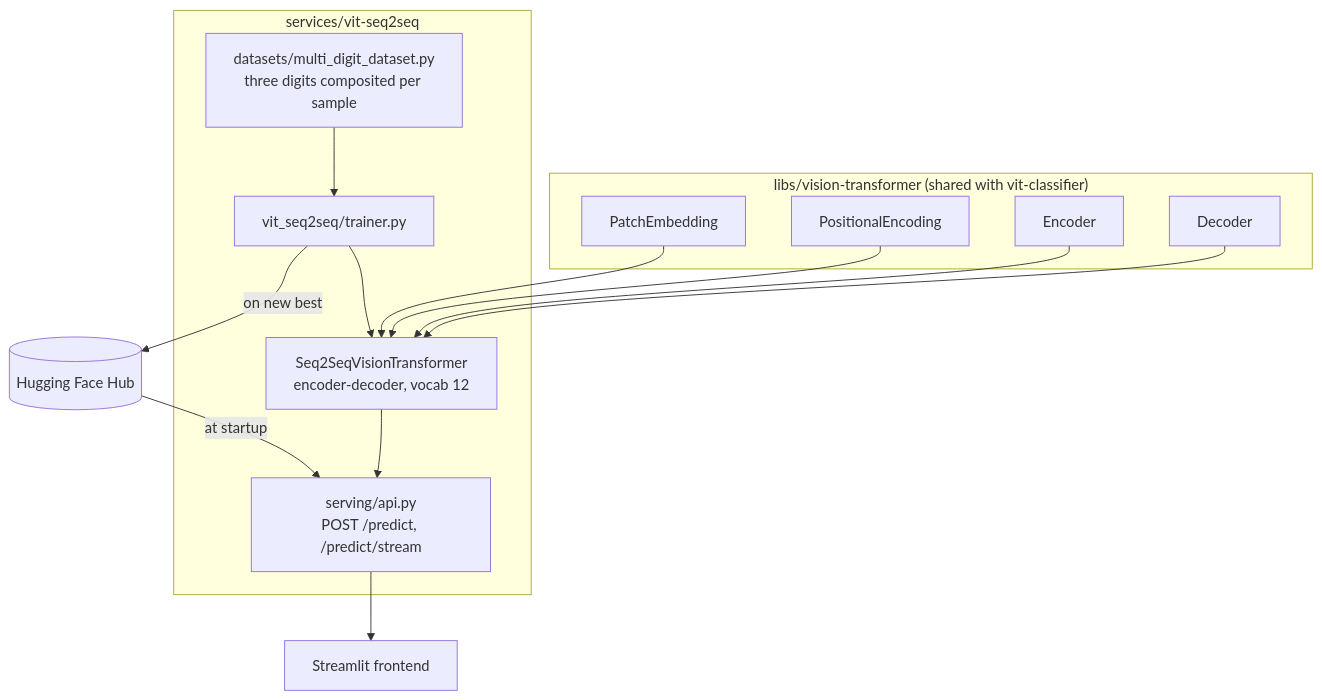
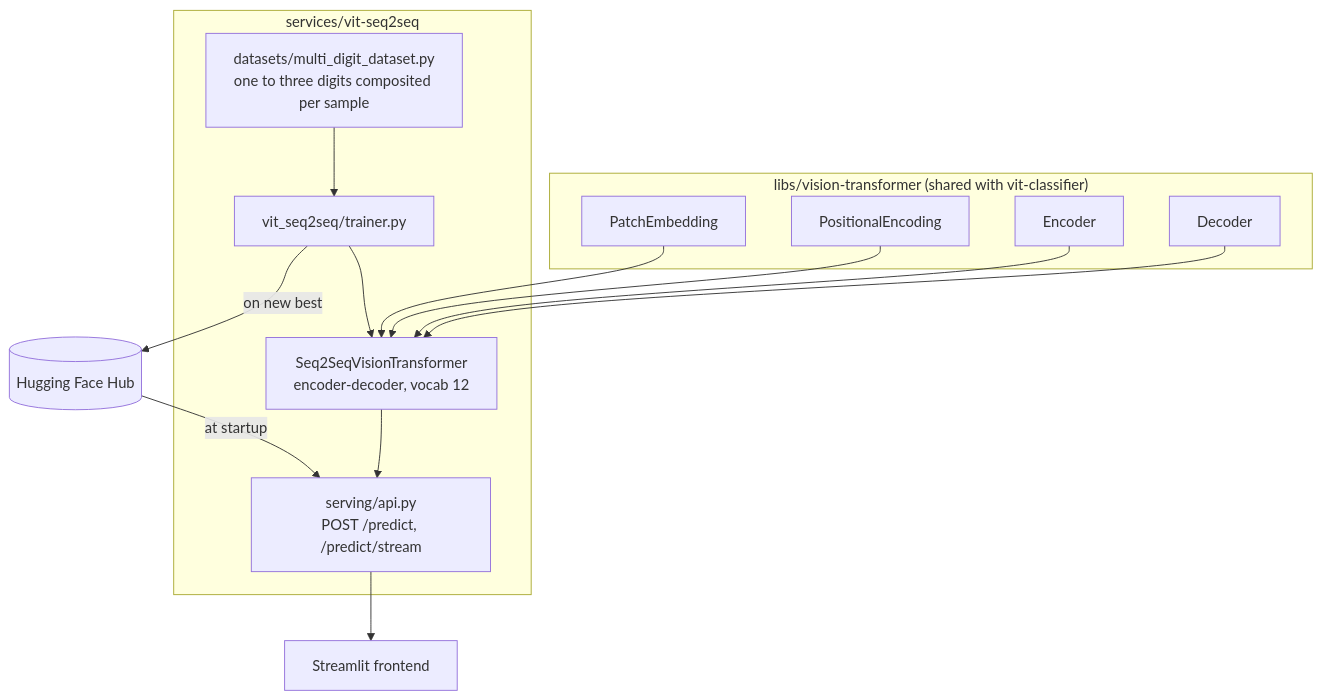
One commit to RoshBeed/ai-residency changed the diagram in services/vit-seq2seq/README.md. Above: the diagram before and after it, drawn with Mermaid. The commit also changed other lines of this file and 15 other files, not shown here.

````diff
--- a/services/vit-seq2seq/README.md
+++ b/services/vit-seq2seq/README.md
@@ -59,26 +62,26 @@
 ```mermaid
 flowchart TD
     subgraph lib["libs/vision-transformer (shared with vit-classifier)"]
         patch["PatchEmbedding"]
         pos["PositionalEncoding"]
         enc["Encoder"]
         dec["Decoder"]
     end
 
     subgraph svc["services/vit-seq2seq"]
         model["Seq2SeqVisionTransformer<br/>encoder-decoder, vocab 12"]
         trainer["vit_seq2seq/trainer.py"]
-        data["datasets/multi_digit_dataset.py<br/>three digits composited per sample"]
+        data["datasets/multi_digit_dataset.py<br/>one to three digits composited per sample"]
         api["serving/api.py<br/>POST /predict, /predict/stream"]
     end
 
     patch --> model
     pos --> model
     enc --> model
     dec --> model
     data --> trainer --> model
     trainer -->|"on new best"| hub[("Hugging Face Hub")]
     hub -->|"at startup"| api
     model --> api
     api --> ui["Streamlit frontend"]
 ```
````
